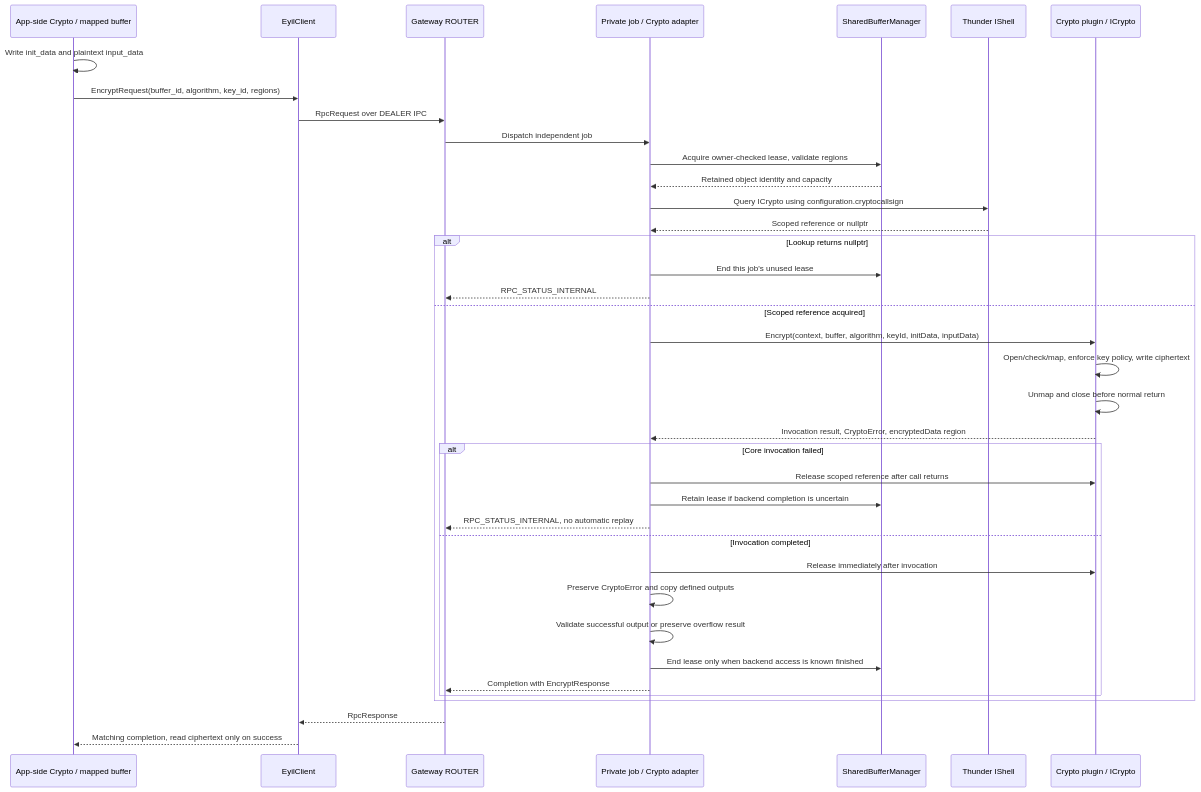
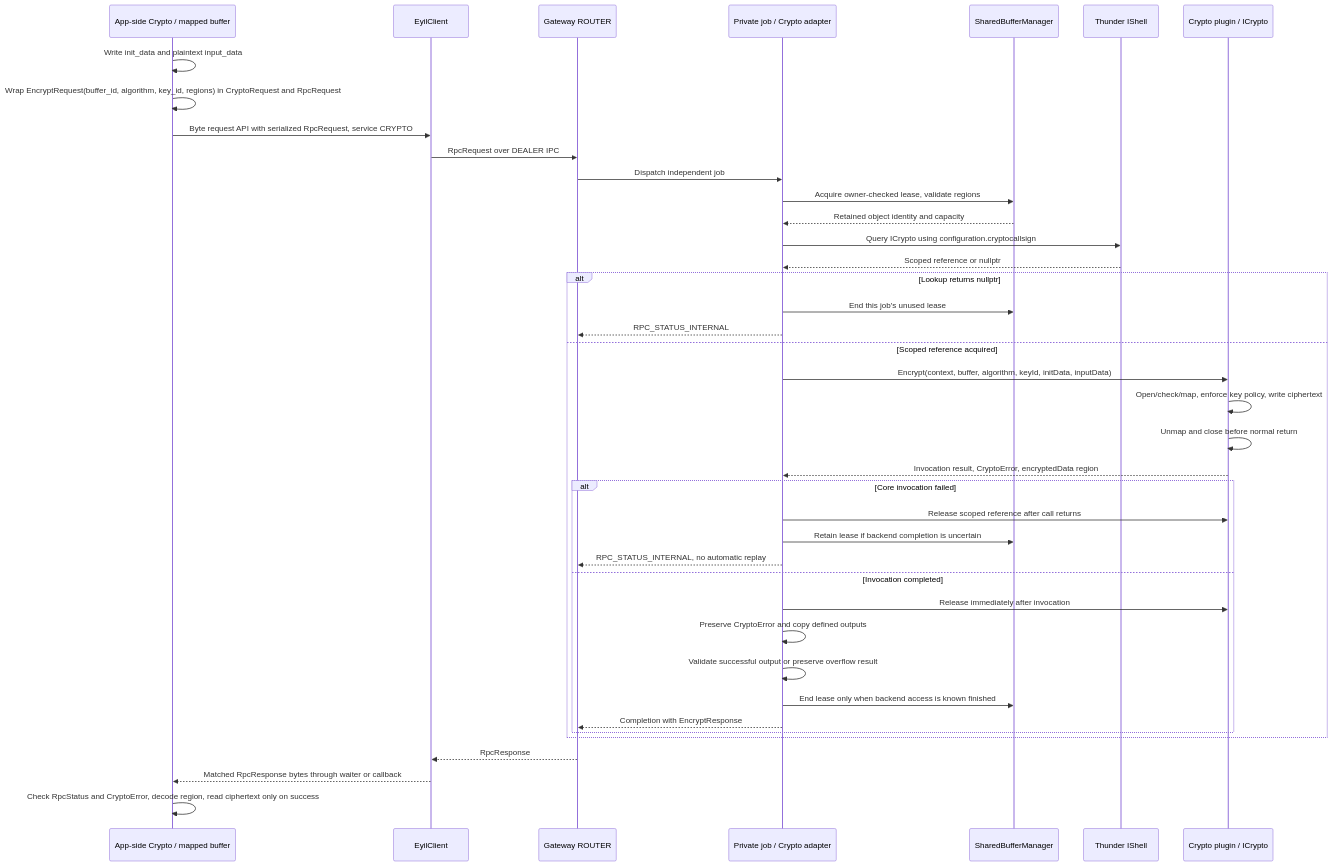
Diagram 23 of 35 in doc/EyilSecureGateway.md (rdkcentral/eyil-secure-gateway), drawn with Mermaid before and after one commit. The commit also changed other lines of this file, not shown here.

````diff
--- a/doc/EyilSecureGateway.md
+++ b/doc/EyilSecureGateway.md
@@ -2988,40 +3489,42 @@
 ```mermaid
 sequenceDiagram
     participant A as App-side Crypto / mapped buffer
     participant L as EyilClient
     participant R as Gateway ROUTER
     participant J as Private job / Crypto adapter
     participant B as SharedBufferManager
     participant T as Thunder IShell
     participant C as Crypto plugin / ICrypto
     A->>A: Write init_data and plaintext input_data
-    A->>L: EncryptRequest(buffer_id, algorithm, key_id, regions)
+    A->>A: Wrap EncryptRequest(buffer_id, algorithm, key_id, regions) in CryptoRequest and RpcRequest
+    A->>L: Byte request API with serialized RpcRequest, service CRYPTO
     L->>R: RpcRequest over DEALER IPC
     R->>J: Dispatch independent job
     J->>B: Acquire owner-checked lease, validate regions
     B-->>J: Retained object identity and capacity
     J->>T: Query ICrypto using configuration.cryptocallsign
     T-->>J: Scoped reference or nullptr
     alt Lookup returns nullptr
         J->>B: End this job's unused lease
         J-->>R: RPC_STATUS_INTERNAL
     else Scoped reference acquired
         J->>C: Encrypt(context, buffer, algorithm, keyId, initData, inputData)
         C->>C: Open/check/map, enforce key policy, write ciphertext
         C->>C: Unmap and close before normal return
         C-->>J: Invocation result, CryptoError, encryptedData region
         alt Core invocation failed
             J->>C: Release scoped reference after call returns
             J->>B: Retain lease if backend completion is uncertain
             J-->>R: RPC_STATUS_INTERNAL, no automatic replay
         else Invocation completed
             J->>C: Release immediately after invocation
             J->>J: Preserve CryptoError and copy defined outputs
             J->>J: Validate successful output or preserve overflow result
             J->>B: End lease only when backend access is known finished
             J-->>R: Completion with EncryptResponse
         end
     end
     R-->>L: RpcResponse
-    L-->>A: Matching completion, read ciphertext only on success
+    L-->>A: Matched RpcResponse bytes through waiter or callback
+    A->>A: Check RpcStatus and CryptoError, decode region, read ciphertext only on success
 ```
````
